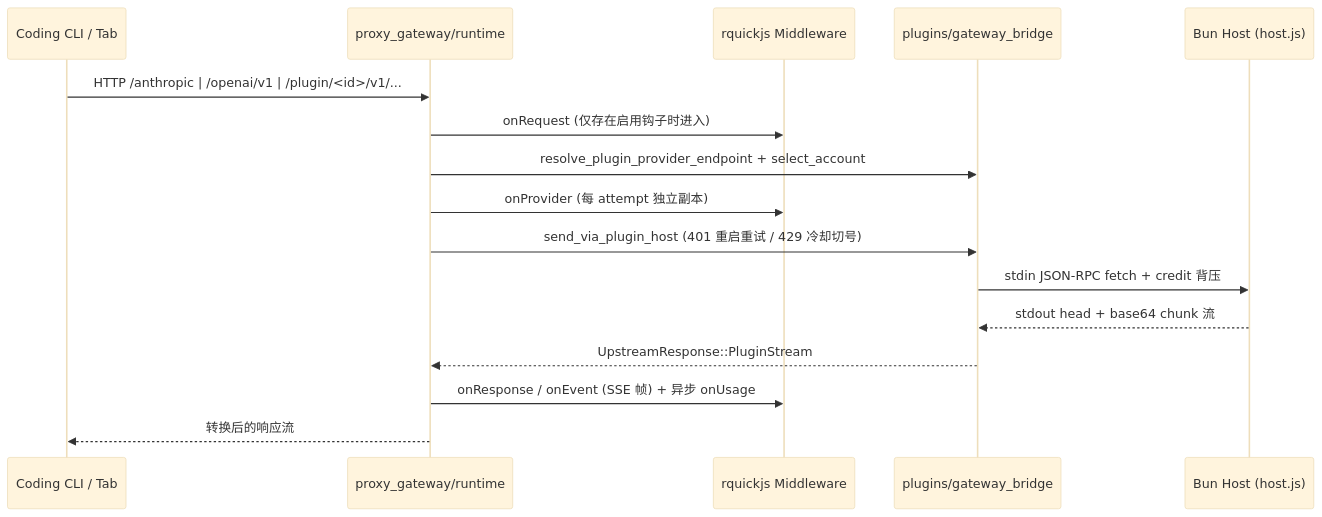
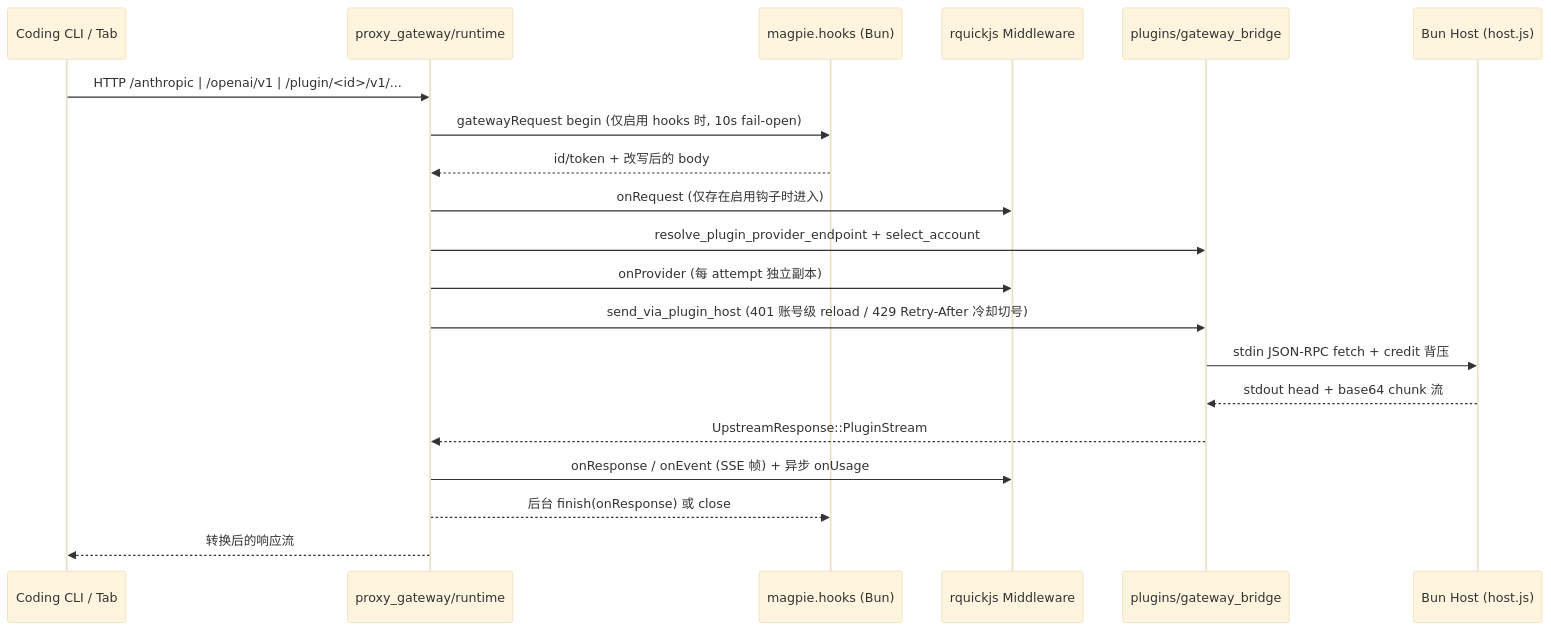
One commit to coulsontl/ai-toolbox changed the diagram in tauri/src/plugins/AGENTS.md. Above: the diagram before and after it, drawn with Mermaid (base theme). The commit also changed other lines of this file and 41 other files, not shown here.

````diff
--- a/tauri/src/plugins/AGENTS.md
+++ b/tauri/src/plugins/AGENTS.md
@@ -35,19 +44,23 @@
 ```mermaid
 sequenceDiagram
   participant CLI as Coding CLI / Tab
   participant GW as proxy_gateway/runtime
+  participant Hook as magpie.hooks (Bun)
   participant MW as rquickjs Middleware
   participant Bridge as plugins/gateway_bridge
   participant Bun as Bun Host (host.js)
 
   CLI->>GW: HTTP /anthropic | /openai/v1 | /plugin/<id>/v1/...
+  GW->>Hook: gatewayRequest begin (仅启用 hooks 时, 10s fail-open)
+  Hook-->>GW: id/token + 改写后的 body
   GW->>MW: onRequest (仅存在启用钩子时进入)
   GW->>Bridge: resolve_plugin_provider_endpoint + select_account
   GW->>MW: onProvider (每 attempt 独立副本)
-  GW->>Bridge: send_via_plugin_host (401 重启重试 / 429 冷却切号)
+  GW->>Bridge: send_via_plugin_host (401 账号级 reload / 429 Retry-After 冷却切号)
   Bridge->>Bun: stdin JSON-RPC fetch + credit 背压
   Bun-->>Bridge: stdout head + base64 chunk 流
   Bridge-->>GW: UpstreamResponse::PluginStream
   GW->>MW: onResponse / onEvent (SSE 帧) + 异步 onUsage
+  GW-->>Hook: 后台 finish(onResponse) 或 close
   GW-->>CLI: 转换后的响应流
 ```
````
